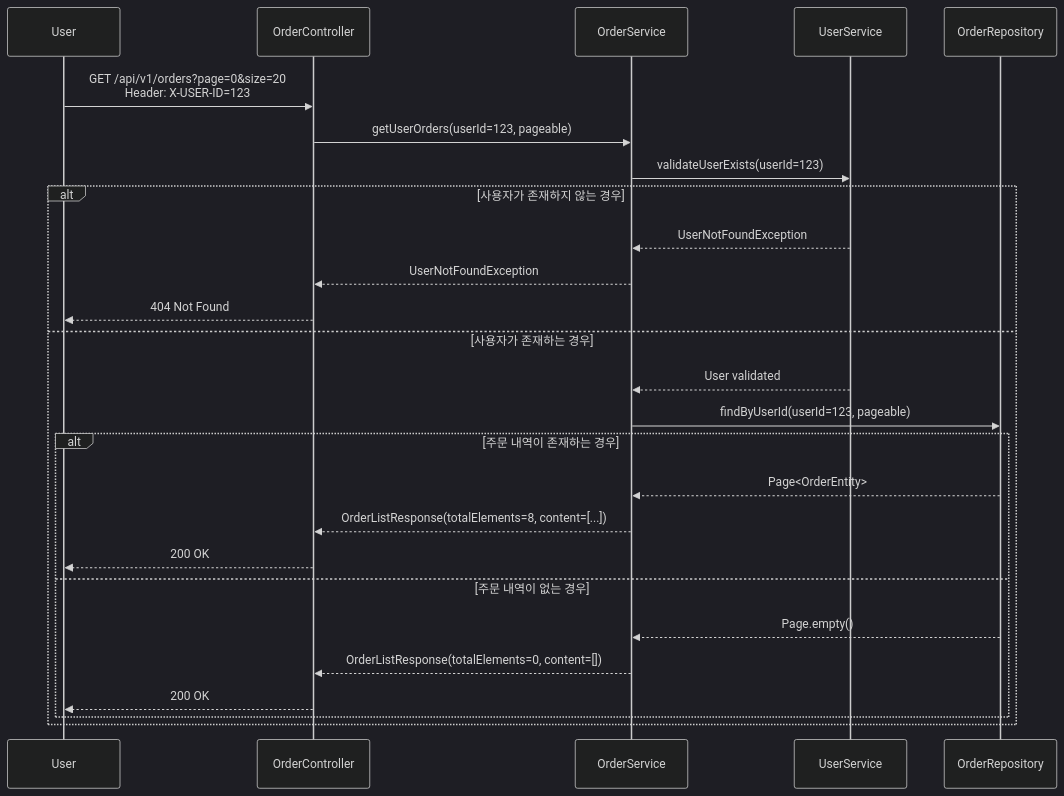
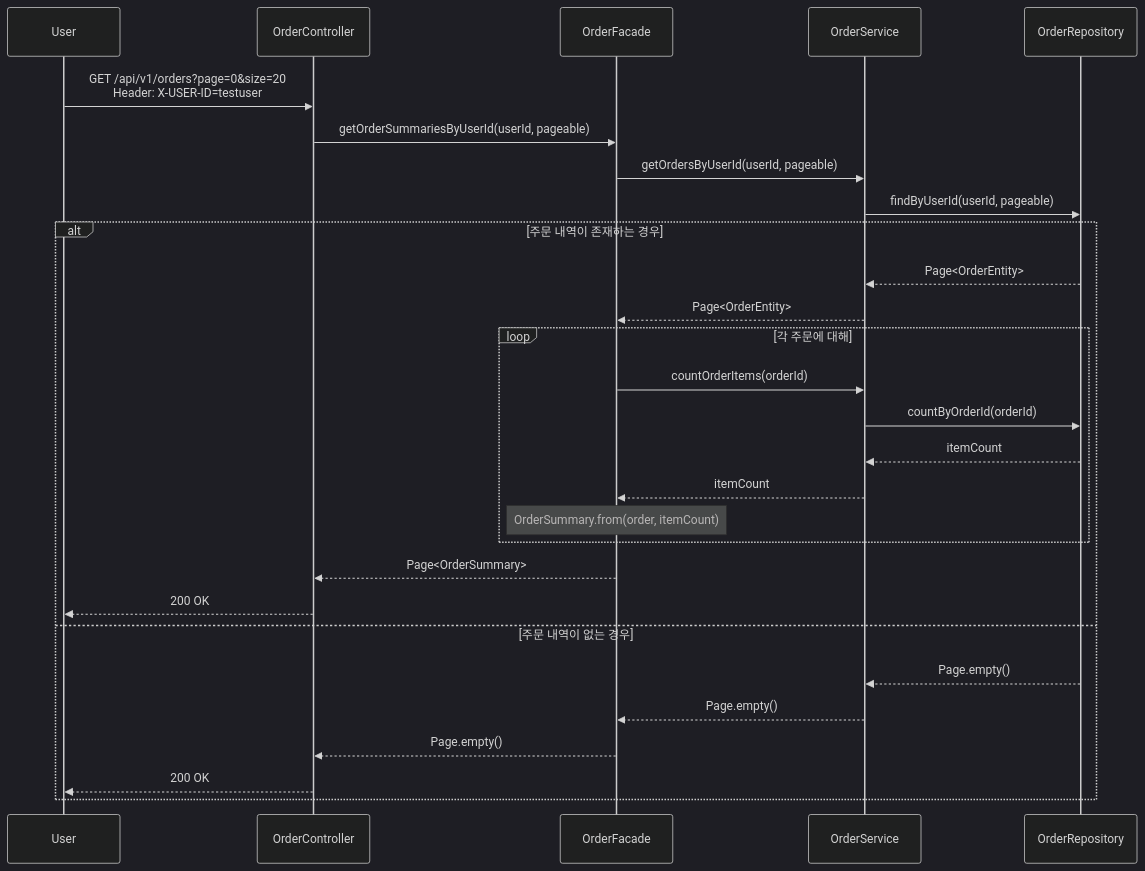
Before and after one commit to hyujikoh/loopers-spring-java-template: the tenth of 12 diagrams in docs/week2/02-sequence-diagrams.md, drawn with Mermaid (dark theme). The commit also changed other lines of this file and 2 other files, not shown here.

````diff
--- a/docs/week2/02-sequence-diagrams.md
+++ b/docs/week2/02-sequence-diagrams.md
@@ -285,31 +399,35 @@
 ```mermaid
 sequenceDiagram
     participant User
     participant OrderController
+    participant OrderFacade
     participant OrderService
-    participant UserService
     participant OrderRepository
 
-    User->>OrderController: GET /api/v1/orders?page=0&size=20<br/>Header: X-USER-ID=123
-    OrderController->>OrderService: getUserOrders(userId=123, pageable)
+    User->>OrderController: GET /api/v1/orders?page=0&size=20<br/>Header: X-USER-ID=testuser
+    OrderController->>OrderFacade: getOrderSummariesByUserId(userId, pageable)
     
-    OrderService->>UserService: validateUserExists(userId=123)
-    alt 사용자가 존재하지 않는 경우
-        UserService-->>OrderService: UserNotFoundException
-        OrderService-->>OrderController: UserNotFoundException
-        OrderController-->>User: 404 Not Found
-    else 사용자가 존재하는 경우
-        UserService-->>OrderService: User validated
-        OrderService->>OrderRepository: findByUserId(userId=123, pageable)
+    OrderFacade->>OrderService: getOrdersByUserId(userId, pageable)
+    OrderService->>OrderRepository: findByUserId(userId, pageable)
+    
+    alt 주문 내역이 존재하는 경우
+        OrderRepository-->>OrderService: Page<OrderEntity>
+        OrderService-->>OrderFacade: Page<OrderEntity>
         
-        alt 주문 내역이 존재하는 경우
-            OrderRepository-->>OrderService: Page<OrderEntity>
-            OrderService-->>OrderController: OrderListResponse(totalElements=8, content=[...])
-            OrderController-->>User: 200 OK
-        else 주문 내역이 없는 경우
-            OrderRepository-->>OrderService: Page.empty()
-            OrderService-->>OrderController: OrderListResponse(totalElements=0, content=[])
-            OrderController-->>User: 200 OK
+        loop 각 주문에 대해
+            OrderFacade->>OrderService: countOrderItems(orderId)
+            OrderService->>OrderRepository: countByOrderId(orderId)
+            OrderRepository-->>OrderService: itemCount
+            OrderService-->>OrderFacade: itemCount
+            Note over OrderFacade: OrderSummary.from(order, itemCount)
         end
+        
+        OrderFacade-->>OrderController: Page<OrderSummary>
+        OrderController-->>User: 200 OK
+    else 주문 내역이 없는 경우
+        OrderRepository-->>OrderService: Page.empty()
+        OrderService-->>OrderFacade: Page.empty()
+        OrderFacade-->>OrderController: Page.empty()
+        OrderController-->>User: 200 OK
     end
 ```
````
